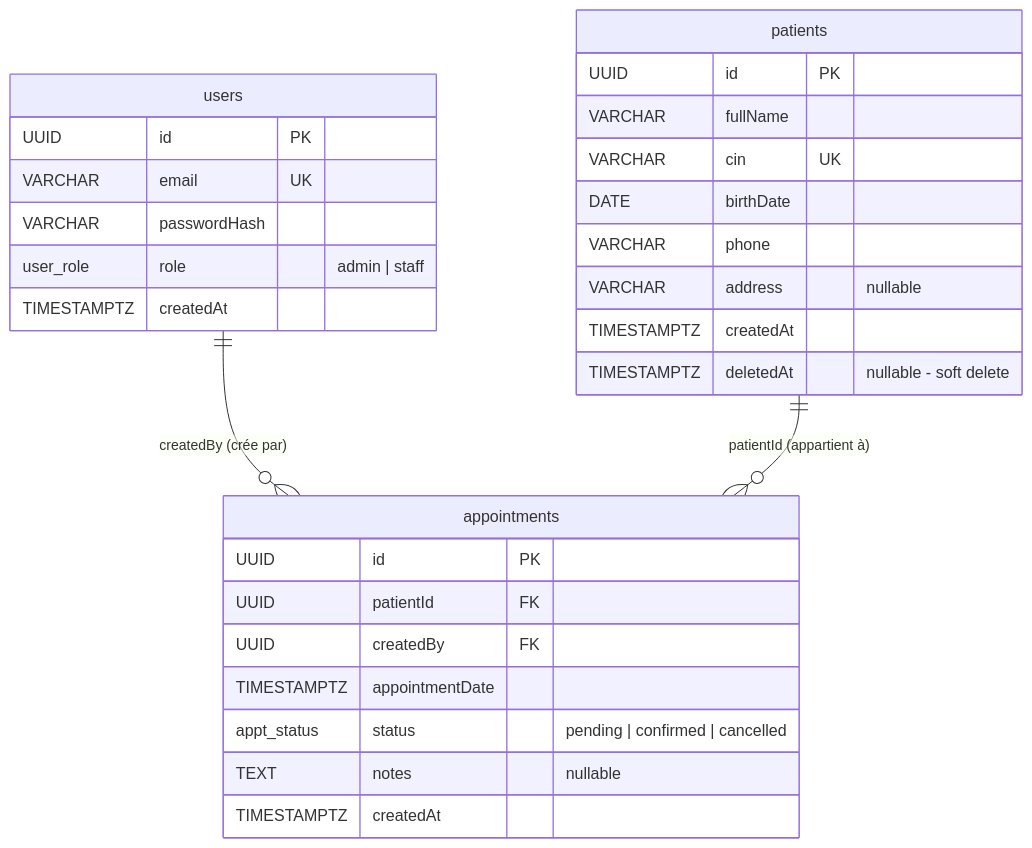
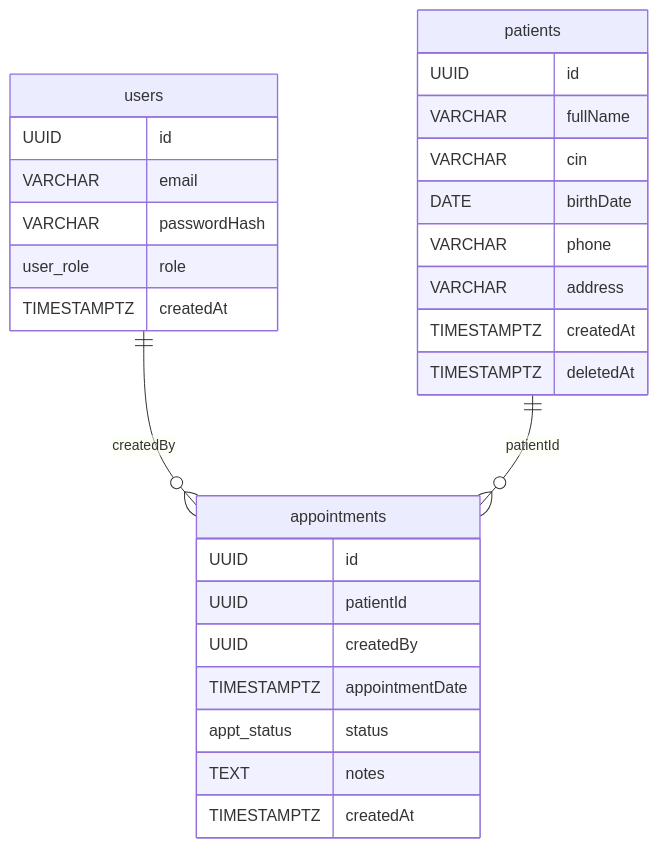
One commit to Ayoub-glitsh/clinicflow-pern changed the first of 5 diagrams in README.md. Above: the diagram before and after it, drawn with Mermaid. The commit also changed other lines of this file, not shown here.

Commit message:
docs: remove all emojis, use SVG icons from devicon, clean Mermaid diagrams

````diff
--- a/README.md
+++ b/README.md
@@ -94,34 +88,34 @@
 ```mermaid
 erDiagram
     users {
-        UUID        id          PK
-        VARCHAR     email       UK
+        UUID        id
+        VARCHAR     email
         VARCHAR     passwordHash
-        user_role   role        "admin | staff"
+        user_role   role
         TIMESTAMPTZ createdAt
     }
 
     patients {
-        UUID        id          PK
+        UUID        id
         VARCHAR     fullName
-        VARCHAR     cin         UK
+        VARCHAR     cin
         DATE        birthDate
         VARCHAR     phone
-        VARCHAR     address     "nullable"
+        VARCHAR     address
         TIMESTAMPTZ createdAt
-        TIMESTAMPTZ deletedAt   "nullable - soft delete"
+        TIMESTAMPTZ deletedAt
     }
 
     appointments {
-        UUID        id              PK
-        UUID        patientId       FK
-        UUID        createdBy       FK
+        UUID        id
+        UUID        patientId
+        UUID        createdBy
         TIMESTAMPTZ appointmentDate
-        appt_status status          "pending | confirmed | cancelled"
-        TEXT        notes           "nullable"
+        appt_status status
+        TEXT        notes
         TIMESTAMPTZ createdAt
     }
 
-    users      ||--o{ appointments : "createdBy (crée par)"
-    patients   ||--o{ appointments : "patientId (appartient à)"
+    users      ||--o{ appointments : "createdBy"
+    patients   ||--o{ appointments : "patientId"
 ```
````
